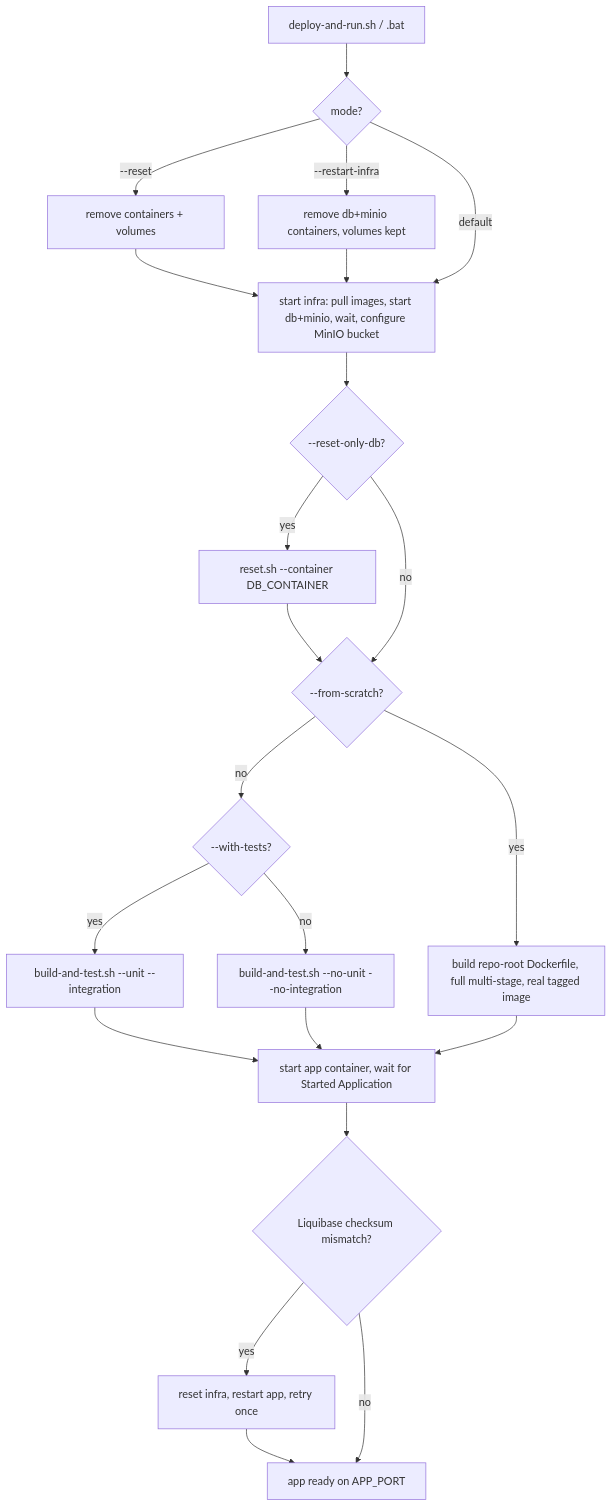
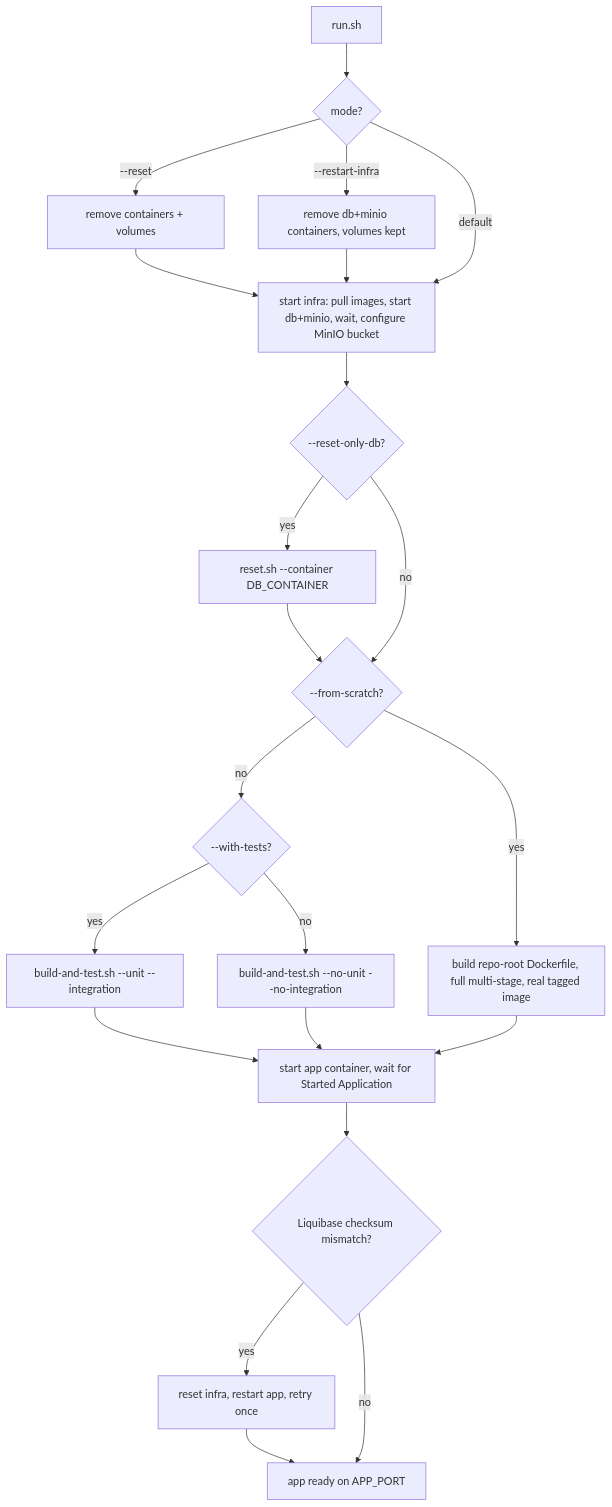
One commit to OstMutant/Advertisement changed the first of 2 diagrams in scripts/deploy-and-run/README.md. Above: the diagram before and after it, drawn with Mermaid. The commit also changed other lines of this file and 79 other files, not shown here.

````diff
--- a/scripts/deploy-and-run/README.md
+++ b/scripts/deploy-and-run/README.md
@@ -30,18 +19,18 @@
 ```mermaid
 flowchart TD
-    A[deploy-and-run.sh / .bat] --> B{mode?}
+    A[run.sh] --> B{mode?}
     B -->|--reset| B1[remove containers + volumes] --> C
     B -->|--restart-infra| B2[remove db+minio containers, volumes kept] --> C
     B -->|default| C[start infra: pull images, start db+minio, wait, configure MinIO bucket]
     C --> D{--reset-only-db?}
     D -->|yes| D1[reset.sh --container DB_CONTAINER] --> E
     D -->|no| E{--from-scratch?}
     E -->|no| E2{--with-tests?}
     E2 -->|yes| E1a[build-and-test.sh --unit --integration] --> G
     E2 -->|no| E1b[build-and-test.sh --no-unit --no-integration] --> G
     E -->|yes| F2[build repo-root Dockerfile, full multi-stage, real tagged image] --> G
     G[start app container, wait for Started Application]
     G --> H{Liquibase checksum mismatch?}
     H -->|yes| H1[reset infra, restart app, retry once] --> I[app ready on APP_PORT]
     H -->|no| I
 ```
````
